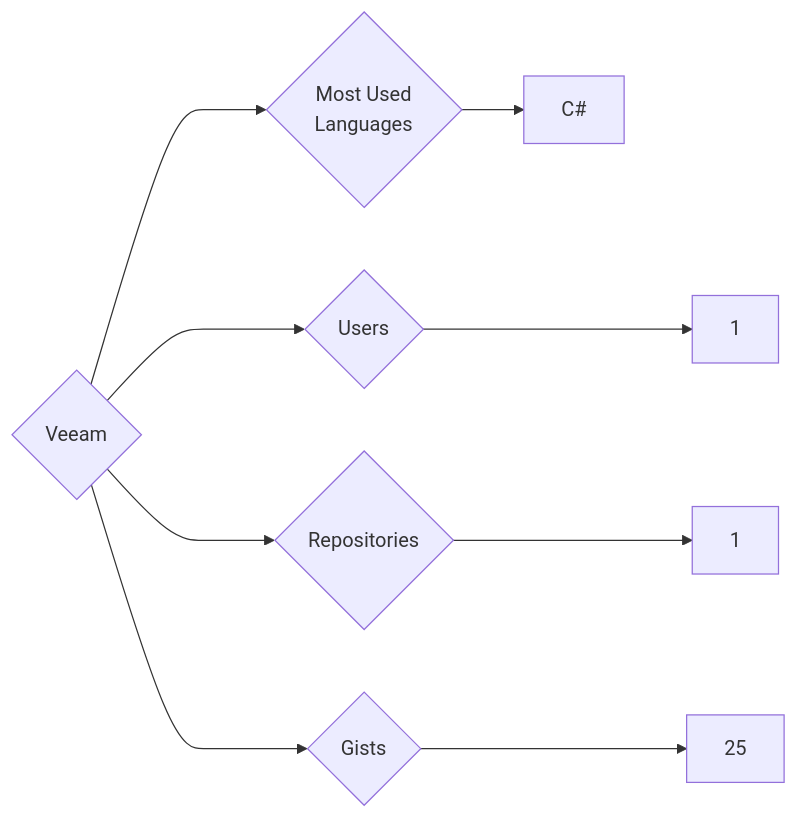
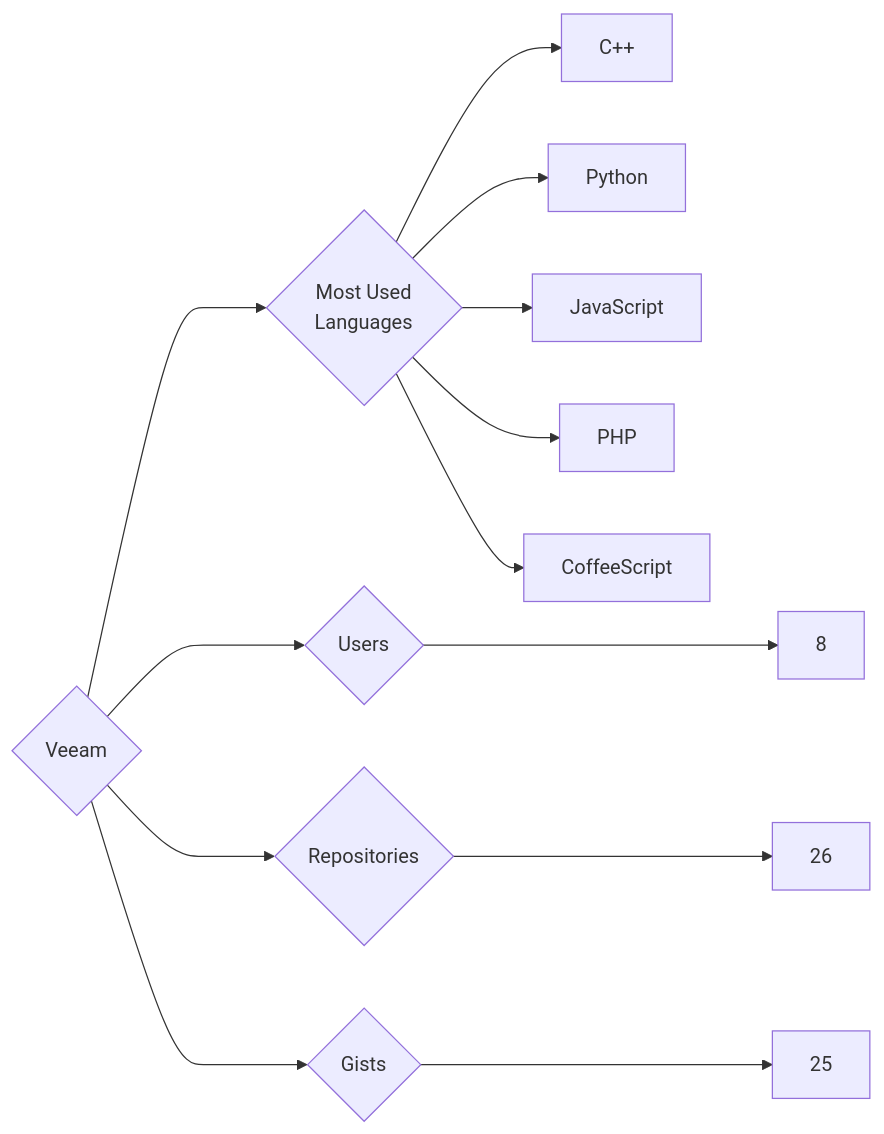
One commit to trickest/insiders changed the diagram in targets/Veeam/README.md. Above: the diagram before and after it, drawn with Mermaid. The commit also changed 582 other files, not shown here.

````diff
--- a/targets/Veeam/README.md
+++ b/targets/Veeam/README.md
@@ -3,9 +3,13 @@
 ```mermaid
 graph LR
 COMPANY_NAME{Veeam}
-COMPANY_NAME ---> U{Users} ---> UN[1]
-COMPANY_NAME ---> R{Repositories} ---> RN[1]
+COMPANY_NAME ---> U{Users} ---> UN[8]
+COMPANY_NAME ---> R{Repositories} ---> RN[26]
 COMPANY_NAME ---> G{Gists} ---> GN[25]
 COMPANY_NAME ---> ML{Most Used<br>Languages}
-ML --> C#[C#]
+ML --> C++[C++]
+ML --> Python[Python]
+ML --> JavaScript[JavaScript]
+ML --> PHP[PHP]
+ML --> CoffeeScript[CoffeeScript]
 ```
````
